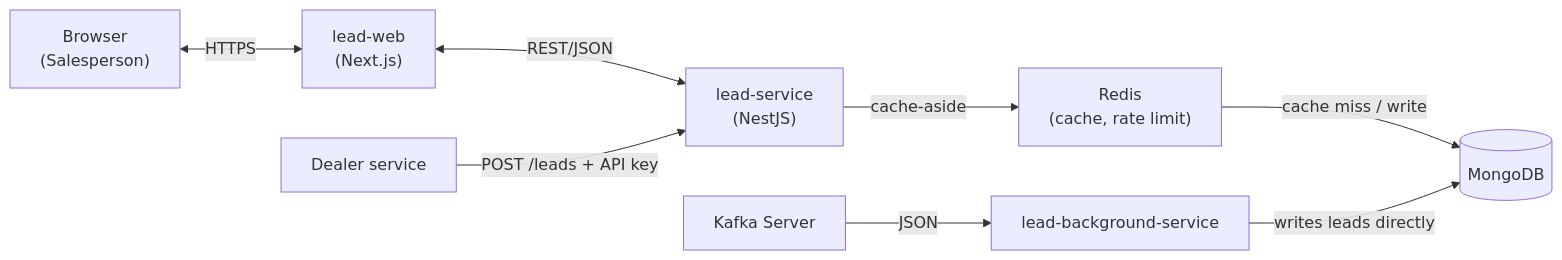
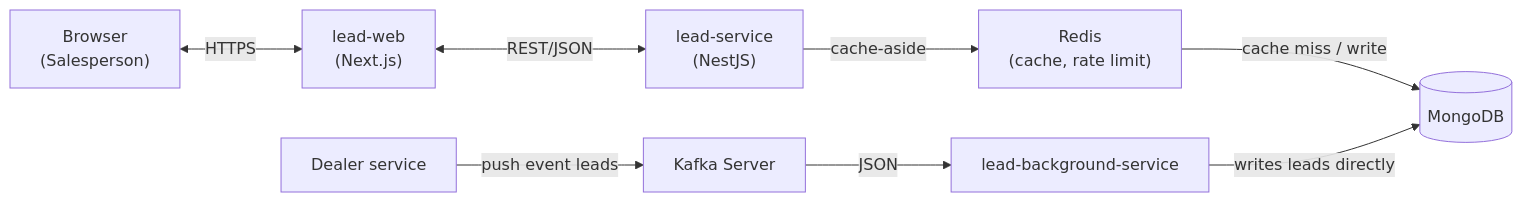
Before and after one commit to quocthuanth92/lead-management-tool: the first of 5 diagrams in docs/system-design-architecture.md, drawn with Mermaid. The commit also changed other lines of this file and 2 other files, not shown here.

````diff
--- a/docs/system-design-architecture.md
+++ b/docs/system-design-architecture.md
@@ -49,19 +49,19 @@
 ```mermaid
 flowchart LR
     browser["Browser<br/>(Salesperson)"]
     web["lead-web<br/>(Next.js)"]
     service["lead-service<br/>(NestJS)"]
     redis["Redis<br/>(cache, rate limit)"]
     database[("MongoDB")]
     dealer["Dealer service"]
     consumer["lead-background-service"]
     kafka[Kafka Server]
 
     browser <-- HTTPS --> web
     web <-- REST/JSON --> service
     service -- cache-aside --> redis
     redis -- cache miss / write --> database
-    dealer -- "POST /leads + API key" --> service  
+    dealer -- "push event leads " --> kafka  
     kafka -- JSON --> consumer
     consumer -- writes leads directly --> database
 ```
````
